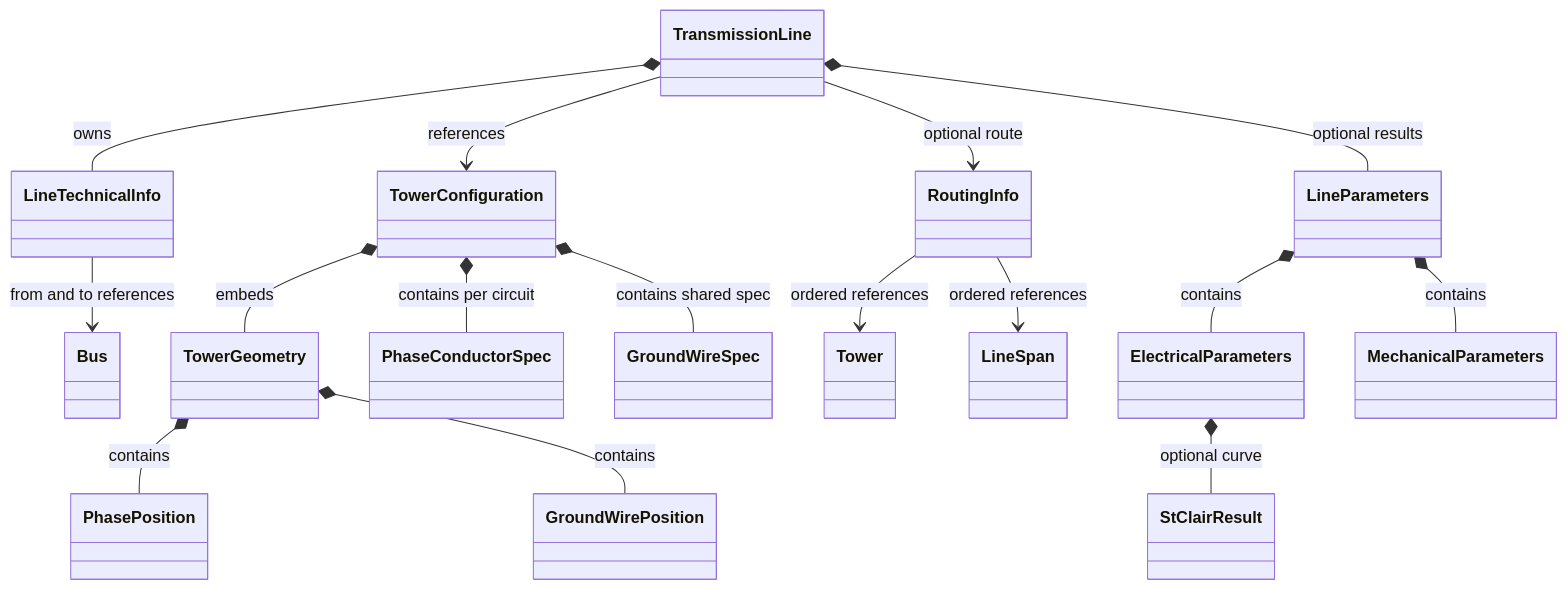
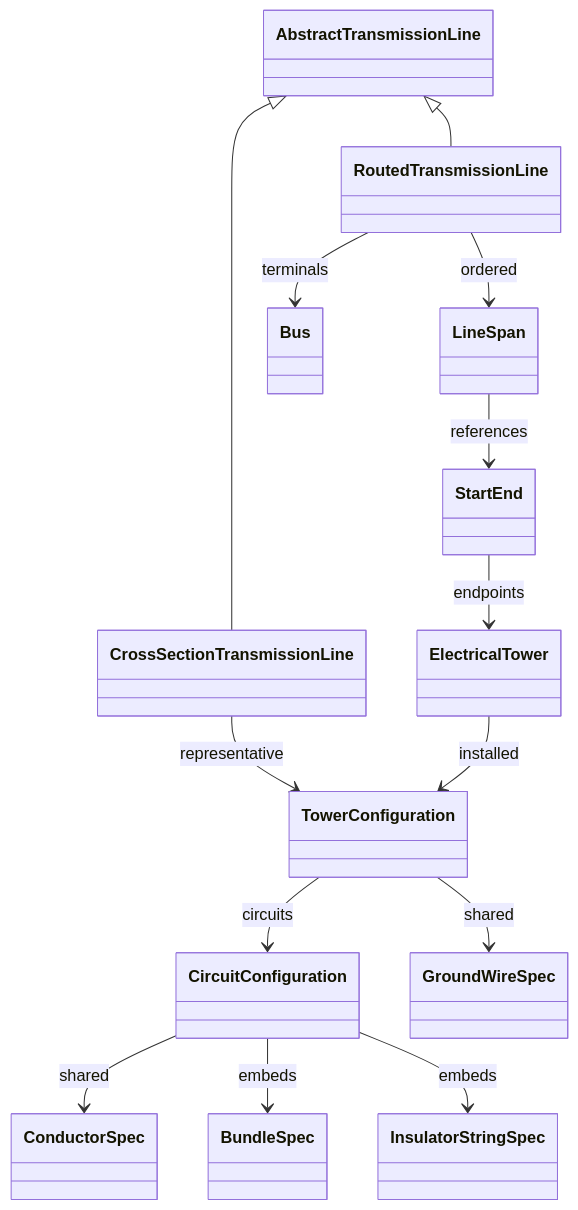
One commit to SebastianManriqueM/transmissionlines changed the diagram in docs/source/concepts/data-model.rst. Above: the diagram before and after it, drawn with Mermaid. The commit also changed other lines of this file and 39 other files, not shown here.

First line of the commit message:
Refactor transmission-line input graph and transient calculations (#20)

```diff
--- a/docs/source/concepts/data-model.rst
+++ b/docs/source/concepts/data-model.rst
@@ -11,37 +9,18 @@
 .. mermaid::
-   :name: transmission-line-model
-   :alt: Transmission-line component ownership and embedded engineering values
-   :caption: Transmission-line data model ownership
+   :name: transmission-line-input-model
+   :alt: Cross-section and routed line input references
 
    classDiagram
-     class TransmissionLine
-     class LineTechnicalInfo
-     class Bus
-     class TowerConfiguration
-     class TowerGeometry
-     class PhasePosition
-     class GroundWirePosition
-     class PhaseConductorSpec
-     class GroundWireSpec
-     class RoutingInfo
-     class Tower
-     class LineSpan
-     class LineParameters
-     class ElectricalParameters
-     class MechanicalParameters
-     class StClairResult
-     TransmissionLine *-- LineTechnicalInfo : owns
-     LineTechnicalInfo --> Bus : from and to references
-     TransmissionLine --> TowerConfiguration : references
-     TowerConfiguration *-- TowerGeometry : embeds
-     TowerGeometry *-- PhasePosition : contains
-     TowerGeometry *-- GroundWirePosition : contains
-     TowerConfiguration *-- PhaseConductorSpec : contains per circuit
-     TowerConfiguration *-- GroundWireSpec : contains shared spec
-     TransmissionLine --> RoutingInfo : optional route
-     RoutingInfo --> Tower : ordered references
-     RoutingInfo --> LineSpan : ordered references
-     TransmissionLine *-- LineParameters : optional results
-     LineParameters *-- ElectricalParameters : contains
-     LineParameters *-- MechanicalParameters : contains
-     ElectricalParameters *-- StClairResult : optional curve
+     AbstractTransmissionLine <|-- CrossSectionTransmissionLine
+     AbstractTransmissionLine <|-- RoutedTransmissionLine
+     CrossSectionTransmissionLine --> TowerConfiguration : representative
+     RoutedTransmissionLine --> Bus : terminals
+     RoutedTransmissionLine --> LineSpan : ordered
+     LineSpan --> StartEnd : references
+     StartEnd --> ElectricalTower : endpoints
+     ElectricalTower --> TowerConfiguration : installed
+     TowerConfiguration --> CircuitConfiguration : circuits
+     TowerConfiguration --> GroundWireSpec : shared
+     CircuitConfiguration --> ConductorSpec : shared
+     CircuitConfiguration --> BundleSpec : embeds
+     CircuitConfiguration --> InsulatorStringSpec : embeds
```
